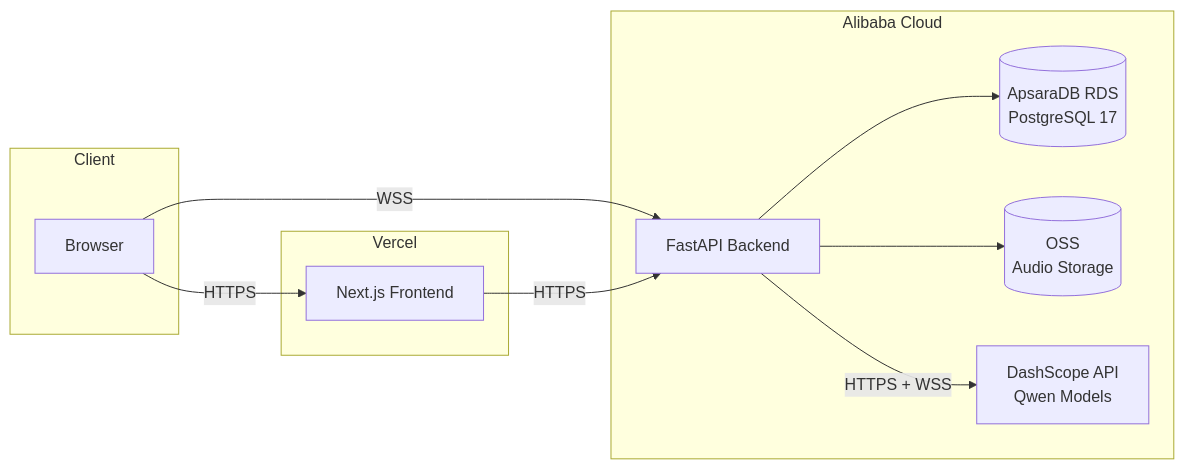
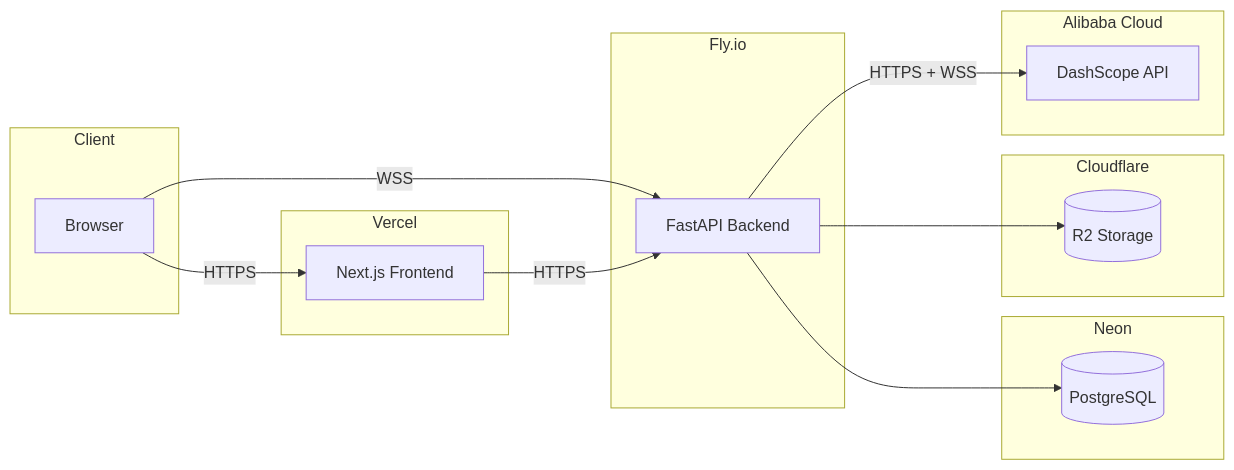
Before and after one commit to hoaxduong/tocky: the diagram in docs/deployment.md, drawn with Mermaid. The commit also changed other lines of this file and 11 other files, not shown here.

````diff
--- a/docs/deployment.md
+++ b/docs/deployment.md
@@ -7,24 +7,33 @@
 ```mermaid
 graph LR
     subgraph Client
         B[Browser]
     end
 
     subgraph Vercel
         FE[Next.js Frontend]
     end
 
+    subgraph Fly.io
+        BE[FastAPI Backend]
+    end
+
+    subgraph Neon
+        PG[(PostgreSQL)]
+    end
+
+    subgraph Cloudflare
+        R2[(R2 Storage)]
+    end
+
     subgraph Alibaba Cloud
-        BE[FastAPI Backend]
-        RDS[(ApsaraDB RDS<br/>PostgreSQL 17)]
-        OSS[(OSS<br/>Audio Storage)]
-        DS[DashScope API<br/>Qwen Models]
+        DS[DashScope API]
     end
 
     B -->|HTTPS| FE
     B -->|WSS| BE
     FE -->|HTTPS| BE
-    BE --> RDS
-    BE --> OSS
+    BE --> PG
+    BE --> R2
     BE -->|HTTPS + WSS| DS
 ```
````
